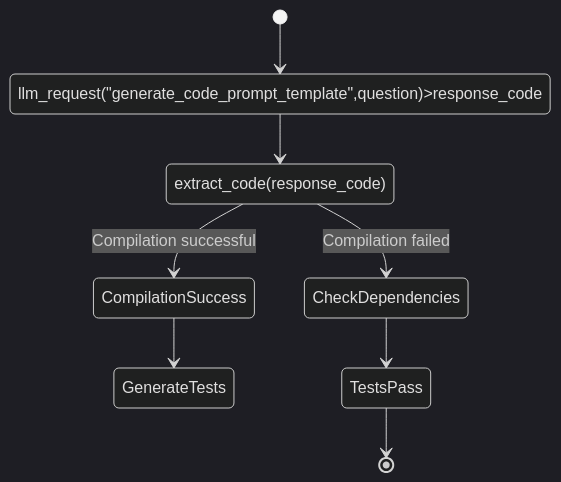
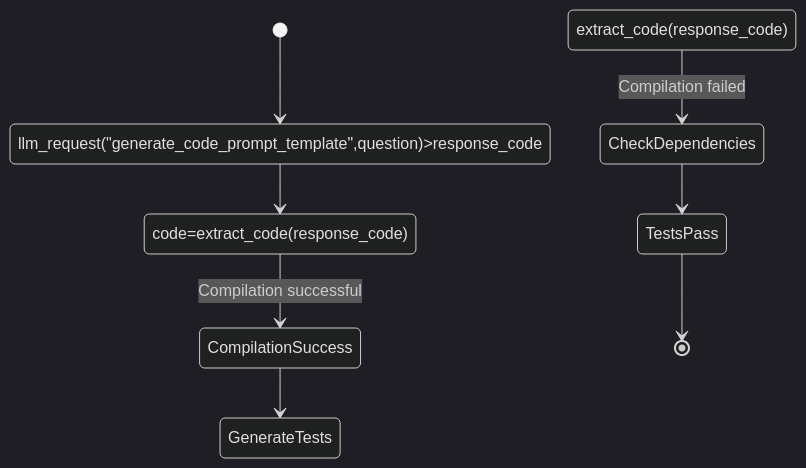
The first of 2 diagrams in state.md (rizgan/LLM-Logic-Exec-Verify), drawn with Mermaid (dark theme) before and after one commit. The commit also changed other lines of this file, not shown here.

````diff
--- a/state.md
+++ b/state.md
@@ -1,10 +1,10 @@
 ```mermaid
 stateDiagram
 [*] --> llm_request("generate_code_prompt_template",question)>response_code
-llm_request("generate_code_prompt_template",question)>response_code --> extract_code(response_code)
-extract_code(response_code) --> CompilationSuccess : Compilation successful
+llm_request("generate_code_prompt_template",question)>response_code --> code=extract_code(response_code)
+code=extract_code(response_code) --> CompilationSuccess : Compilation successful
 extract_code(response_code) --> CheckDependencies : Compilation failed
 CompilationSuccess --> GenerateTests
 CheckDependencies  --> TestsPass
 TestsPass --> [*]
 ```
````
